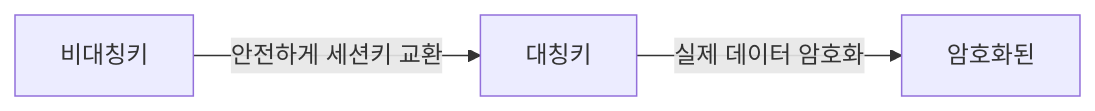
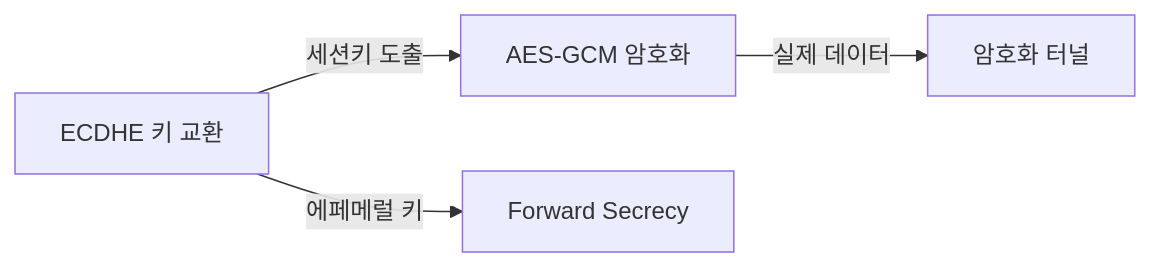
One commit to yjkim2015/yjkim2015.github.io changed the first of 10 diagrams in _posts/network/2026-05-03-https-tls.md. Above: the diagram before and after it, drawn with Mermaid. The commit also changed other lines of this file and 4 other files, not shown here.

````diff
--- a/_posts/network/2026-05-03-https-tls.md
+++ b/_posts/network/2026-05-03-https-tls.md
@@ -59,5 +61,6 @@
 ```mermaid
 graph LR
-    A["비대칭키"] -->|"안전하게 세션키 교환"| B["대칭키"]
-    B -->|"실제 데이터 암호화"| C["암호화된"]
+    A["ECDHE 키 교환"] -->|"세션키 도출"| B["AES-GCM 암호화"]
+    B -->|"실제 데이터"| C["암호화 터널"]
+    A -->|"에페메럴 키"| D["Forward Secrecy"]
 ```
````
